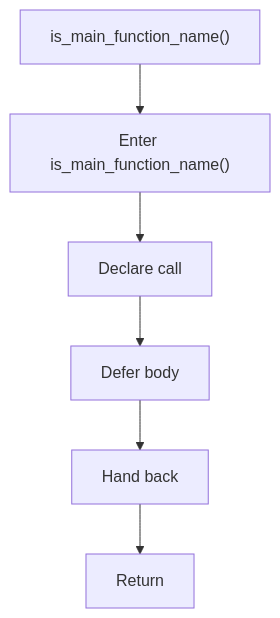
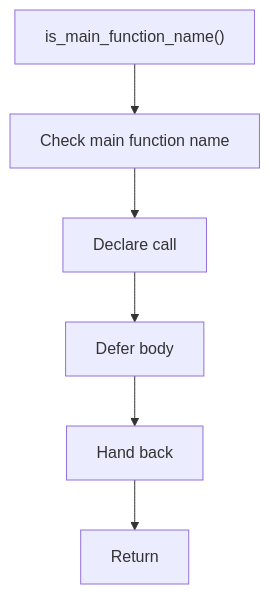
The diagram in docs/Codebase/Microservice/Modules/Header/SyntacticBrokenAST/Analysis/ImplementationUse/Resolution/Symbols/Internal/Flow/functions/is_main_function_name.hpp.md (JohnAndrewBalbarosa/NeoTerritory), drawn with Mermaid before and after one commit. The commit also changed other lines of this file and 925 other files, not shown here.

````diff
--- a/docs/Codebase/Microservice/Modules/Header/SyntacticBrokenAST/Analysis/ImplementationUse/Resolution/Symbols/Internal/Flow/functions/is_main_function_name.hpp.md
+++ b/docs/Codebase/Microservice/Modules/Header/SyntacticBrokenAST/Analysis/ImplementationUse/Resolution/Symbols/Internal/Flow/functions/is_main_function_name.hpp.md
@@ -16,14 +16,14 @@
 ```mermaid
 flowchart TD
     Start["is_main_function_name()"]
-    N0["Enter is_main_function_name()"]
+    N0["Check main function name"]
     N1["Declare call"]
     N2["Defer body"]
     N3["Hand back"]
     End["Return"]
     Start --> N0
     N0 --> N1
     N1 --> N2
     N2 --> N3
     N3 --> End
 ```
````
